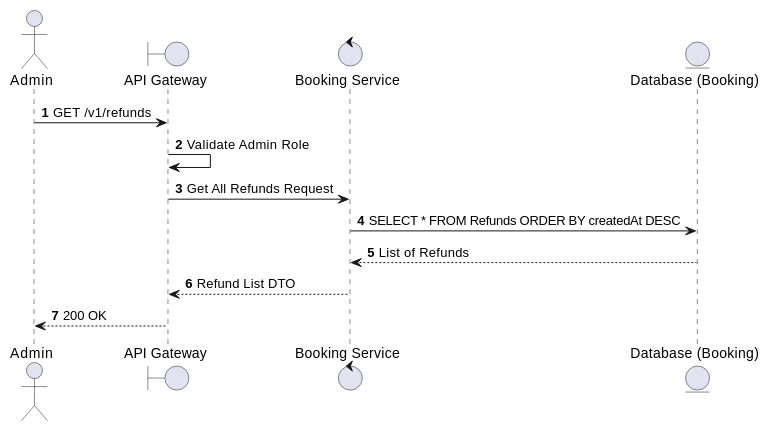
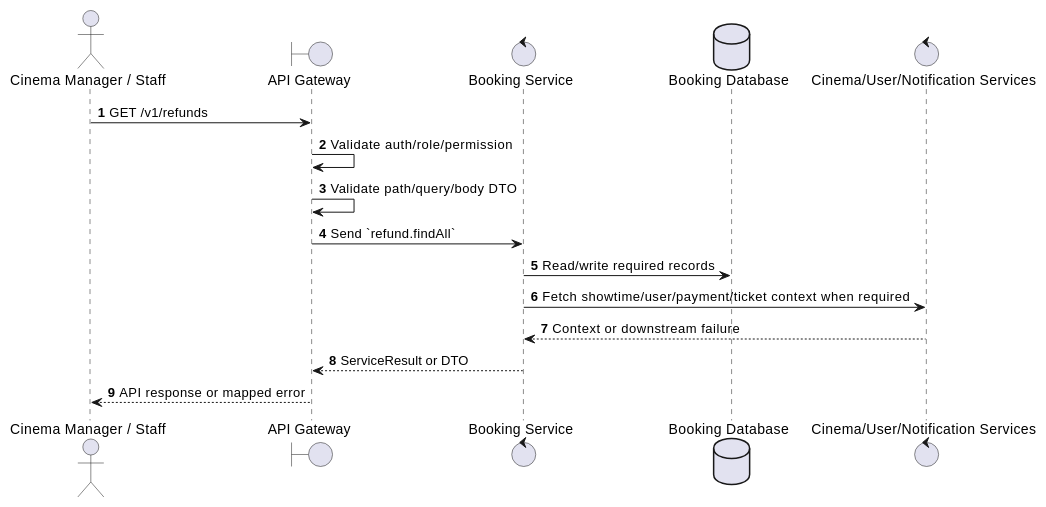
Before and after one commit to Tanh1603/movie-hub-architecture: the first of 2 diagrams in docs/functional_specs/3.8_Refund_Management_Module/RF-02_List_Refunds.md, drawn with PlantUML. The commit also changed other lines of this file and 126 other files, not shown here.

````diff
--- a/docs/functional_specs/3.8_Refund_Management_Module/RF-02_List_Refunds.md
+++ b/docs/functional_specs/3.8_Refund_Management_Module/RF-02_List_Refunds.md
@@ -17,17 +17,20 @@
 ```plantuml
 @startuml
 autonumber
-actor Admin
+actor "Cinema Manager / Staff" as Actor
 boundary "API Gateway" as GW
-control "Booking Service" as BS
-entity "Database (Booking)" as DB
+control "Booking Service" as SVC
+database "Booking Database" as DB
+control "Cinema/User/Notification Services" as EXT
 
-Admin -> GW: GET /v1/refunds
-GW -> GW: Validate Admin Role
-GW -> BS: Get All Refunds Request
-BS -> DB: SELECT * FROM Refunds ORDER BY createdAt DESC
-DB --> BS: List of Refunds
-BS --> GW: Refund List DTO
-GW --> Admin: 200 OK
+Actor -> GW: GET /v1/refunds
+GW -> GW: Validate auth/role/permission
+GW -> GW: Validate path/query/body DTO
+GW -> SVC: Send `refund.findAll`
+SVC -> DB: Read/write required records
+SVC -> EXT: Fetch showtime/user/payment/ticket context when required
+EXT --> SVC: Context or downstream failure
+SVC --> GW: ServiceResult or DTO
+GW --> Actor: API response or mapped error
 @enduml
 ```
````
